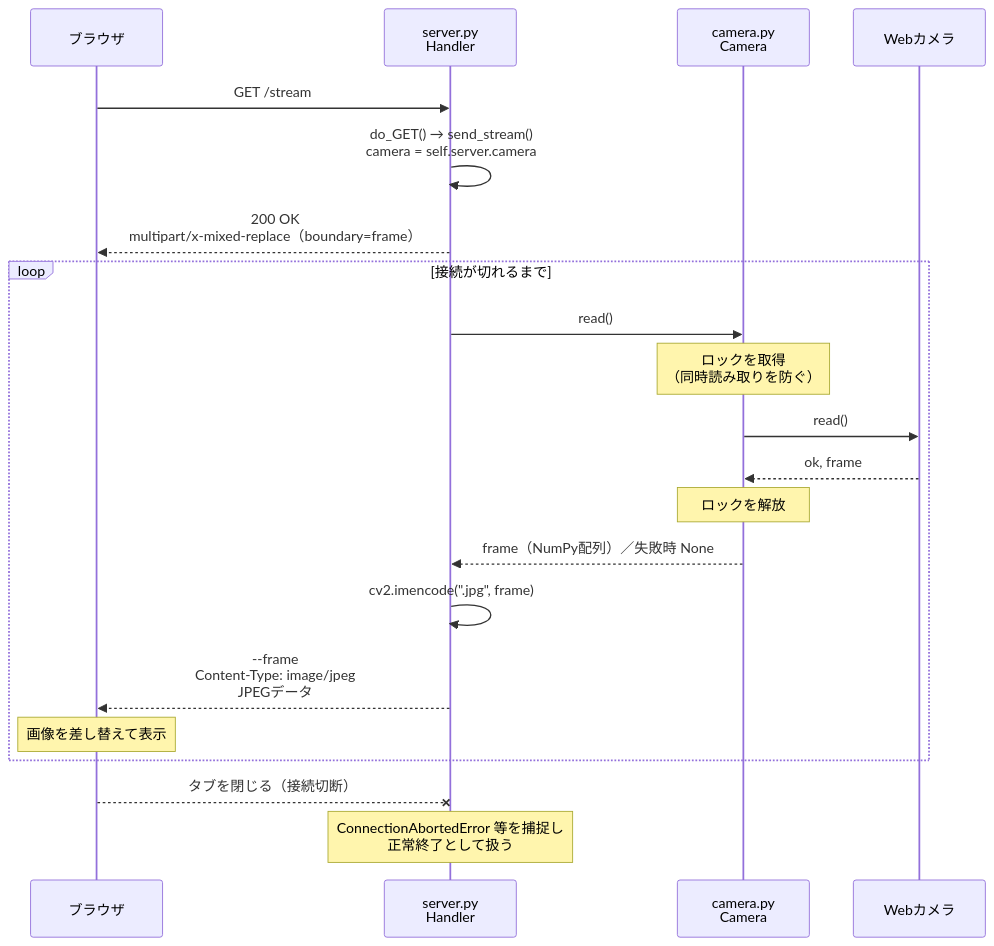
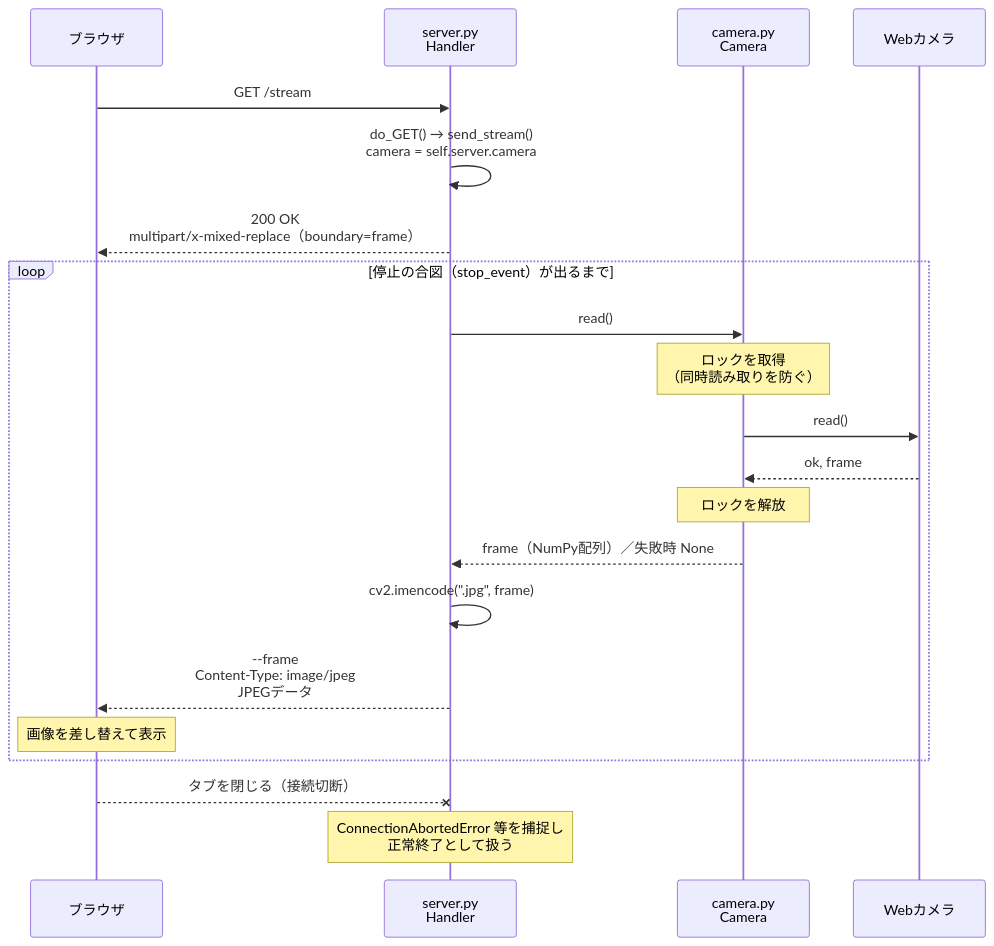
One commit to shinonome404/webcam-vision changed the third of 4 diagrams in local/EXPLANATION.md. Above: the diagram before and after it, drawn with Mermaid. The commit also changed other lines of this file and 3 other files, not shown here.

````diff
--- a/local/EXPLANATION.md
+++ b/local/EXPLANATION.md
@@ -66,26 +66,26 @@
 ```mermaid
 sequenceDiagram
     participant B as ブラウザ
     participant H as server.py<br/>Handler
     participant Cam as camera.py<br/>Camera
     participant Dev as Webカメラ
 
     B->>H: GET /stream
     H->>H: do_GET() → send_stream()<br/>camera = self.server.camera
     H-->>B: 200 OK<br/>multipart/x-mixed-replace（boundary=frame）
 
-    loop 接続が切れるまで
+    loop 停止の合図（stop_event）が出るまで
         H->>Cam: read()
         Note over Cam: ロックを取得<br/>（同時読み取りを防ぐ）
         Cam->>Dev: read()
         Dev-->>Cam: ok, frame
         Note over Cam: ロックを解放
         Cam-->>H: frame（NumPy配列）／失敗時 None
         H->>H: cv2.imencode(".jpg", frame)
         H-->>B: --frame<br/>Content-Type: image/jpeg<br/>JPEGデータ
         Note over B: 画像を差し替えて表示
     end
 
     B--xH: タブを閉じる（接続切断）
     Note over H: ConnectionAbortedError 等を捕捉し<br/>正常終了として扱う
 ```
````
